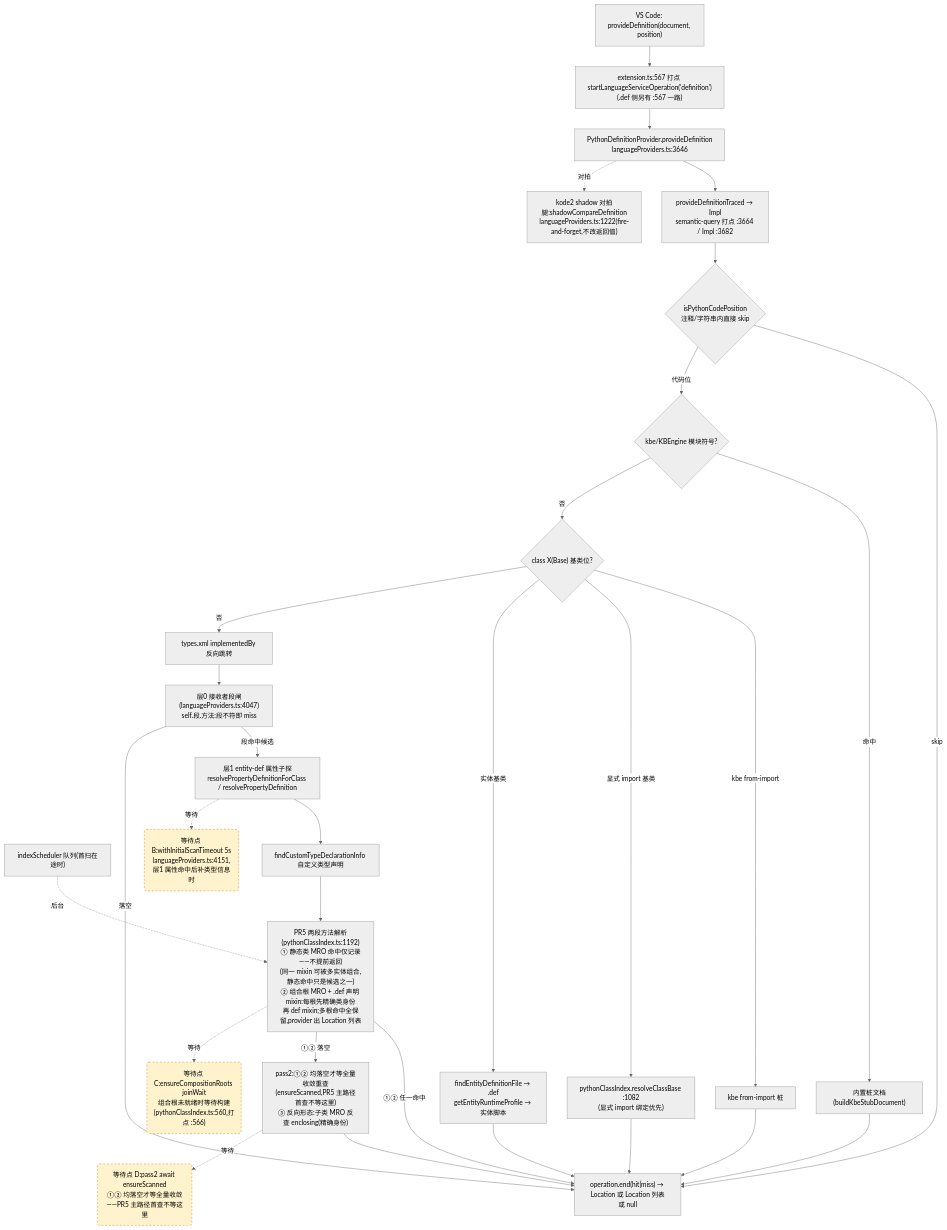
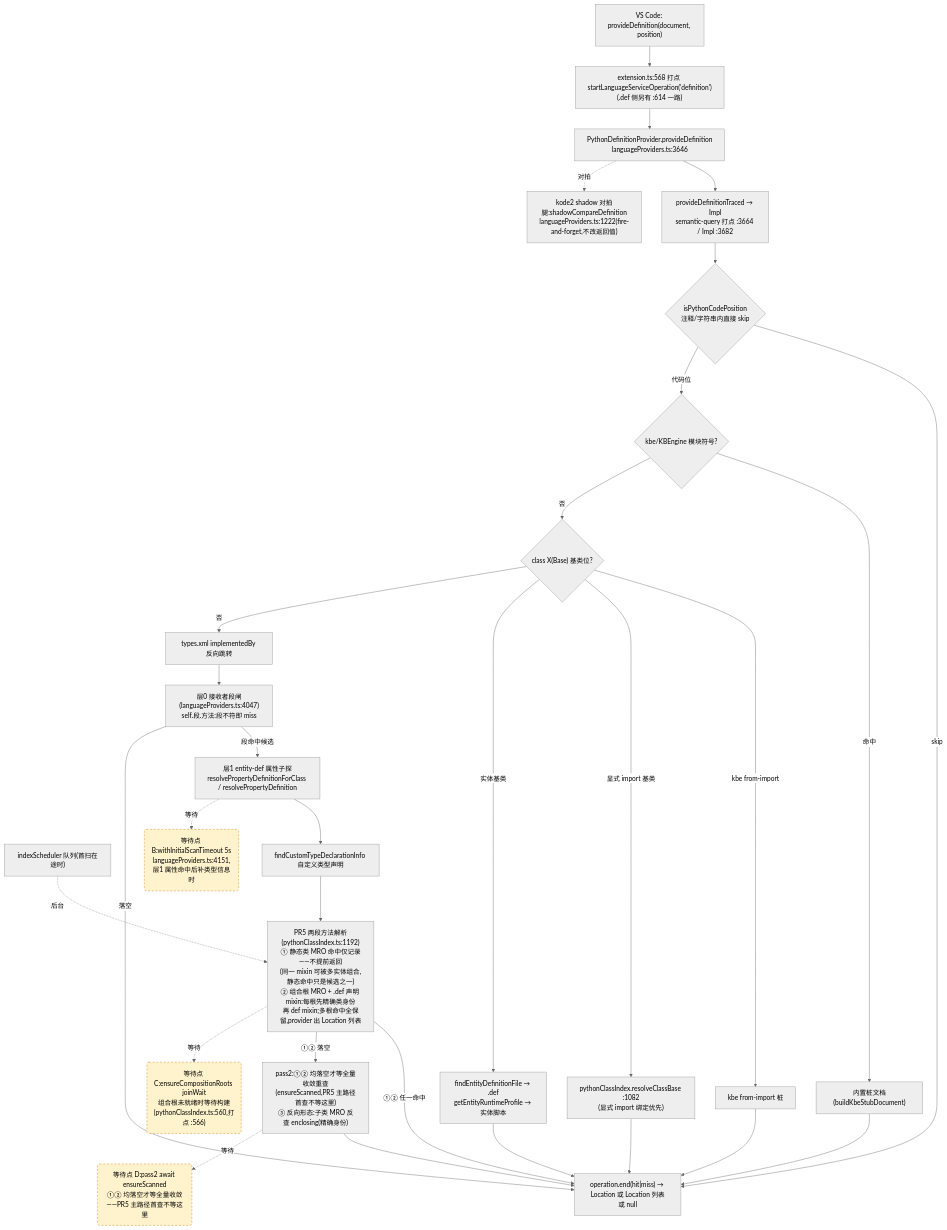
One commit to cuihairu/kode changed the second of 4 diagrams in docs/perf/2026-baseline.md. Above: the diagram before and after it, drawn with Mermaid (neutral theme). The commit also changed other lines of this file and 6 other files, not shown here.

````diff
--- a/docs/perf/2026-baseline.md
+++ b/docs/perf/2026-baseline.md
@@ -130,51 +130,51 @@
 ```mermaid
 flowchart TD
   VC2["VS Code: provideDefinition(document, position)"]
-  M2["extension.ts:567 打点 startLanguageServiceOperation('definition')<br/>(.def 侧另有 :567 一路)"]
+  M2["extension.ts:568 打点 startLanguageServiceOperation('definition')<br/>(.def 侧另有 :614 一路)"]
   AD2["PythonDefinitionProvider.provideDefinition<br/>languageProviders.ts:3646"]
   TR["provideDefinitionTraced → Impl<br/>semantic-query 打点 :3664 / Impl :3682"]
   CTX{"isPythonCodePosition<br/>注释/字符串内直接 skip"}
   KBE{"kbe/KBEngine 模块符号?"}
   STUB["内置桩文档(buildKbeStubDocument)"]
   CB{"class X(Base) 基类位?"}
   CB1["kbe from-import 桩"]
   CB2["pythonClassIndex.resolveClassBase :1082<br/>(显式 import 绑定优先)"]
   CB3["findEntityDefinitionFile → .def<br/>getEntityRuntimeProfile → 实体脚本"]
   REV["types.xml implementedBy 反向跳转"]
   L0["层0 接收者段闸(languageProviders.ts:4047)<br/>self.段.方法:段不符即 miss"]
   L1["层1 entity-def 属性子探<br/>resolvePropertyDefinitionForClass / resolvePropertyDefinition"]
   SCAN["indexScheduler 队列(首扫在途时)"]
   TY["findCustomTypeDeclarationInfo 自定义类型声明"]
   MRO["PR5 两段方法解析(pythonClassIndex.ts:1192)<br/>① 静态类 MRO 命中仅记录——不提前返回<br/>(同一 mixin 可被多实体组合,静态命中只是候选之一)<br/>② 组合根 MRO + .def 声明 mixin:每根先精确类身份<br/>再 def mixin;多根命中全保留,provider 出 Location 列表"]
   PASS2["pass2:①② 均落空才等全量收敛重查<br/>(ensureScanned,PR5 主路径首查不等这里)<br/>③ 反向形态:子类 MRO 反查 enclosing(精确身份)"]
   SHD["kode2 shadow 对拍腿:shadowCompareDefinition<br/>languageProviders.ts:1222(fire-and-forget,不改返回值)"]
   END2["operation.end(hit|miss) → Location 或 Location 列表或 null"]
 
   VC2 --> M2 --> AD2 --> TR --> CTX
   CTX -- "skip" --> END2
   CTX -- "代码位" --> KBE
   KBE -- "命中" --> STUB --> END2
   KBE -- "否" --> CB
   CB -- "kbe from-import" --> CB1 --> END2
   CB -- "显式 import 基类" --> CB2 --> END2
   CB -- "实体基类" --> CB3 --> END2
   CB -- "否" --> REV --> L0
   L0 -- "段命中候选" --> L1
   L0 -- "落空" --> END2
   L1 --> TY
   TY --> MRO
   MRO -- "①② 任一命中" --> END2
   MRO -- "①② 落空" --> PASS2 --> END2
   AD2 -.->|对拍| SHD
 
   WAITB("等待点 B:withInitialScanTimeout 5s<br/>languageProviders.ts:4151,层1 属性命中后补类型信息时")
   WAITC("等待点 C:ensureCompositionRoots joinWait<br/>组合根未就绪时等待构建(pythonClassIndex.ts:560,打点 :566)")
   WAITD("等待点 D:pass2 await ensureScanned<br/>①② 均落空才等全量收敛——PR5 主路径首查不等这里")
   L1 -.->|等待| WAITB
   MRO -.->|等待| WAITC
   PASS2 -.->|等待| WAITD
   SCAN -.->|后台| MRO
 
   classDef waitPoint fill:#fff3cd,stroke:#d97706,stroke-dasharray:5 4;
   class WAITB,WAITC,WAITD waitPoint;
 ```
````
